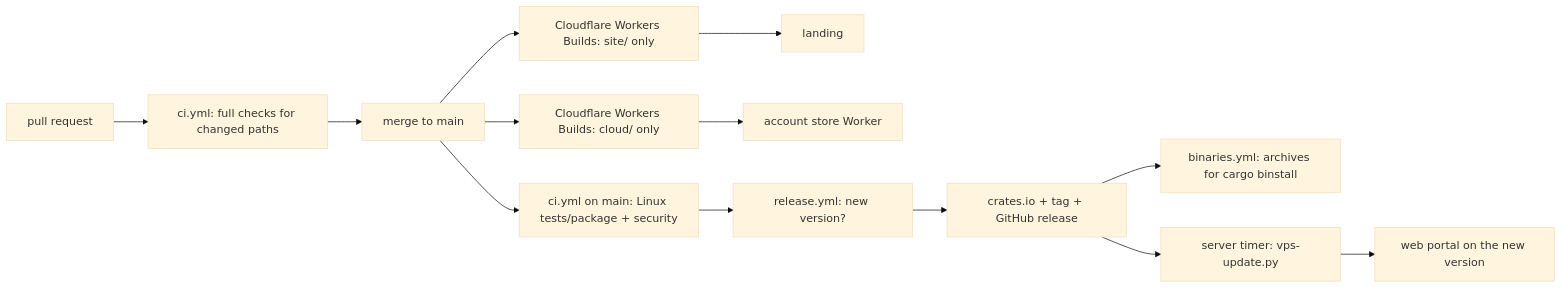
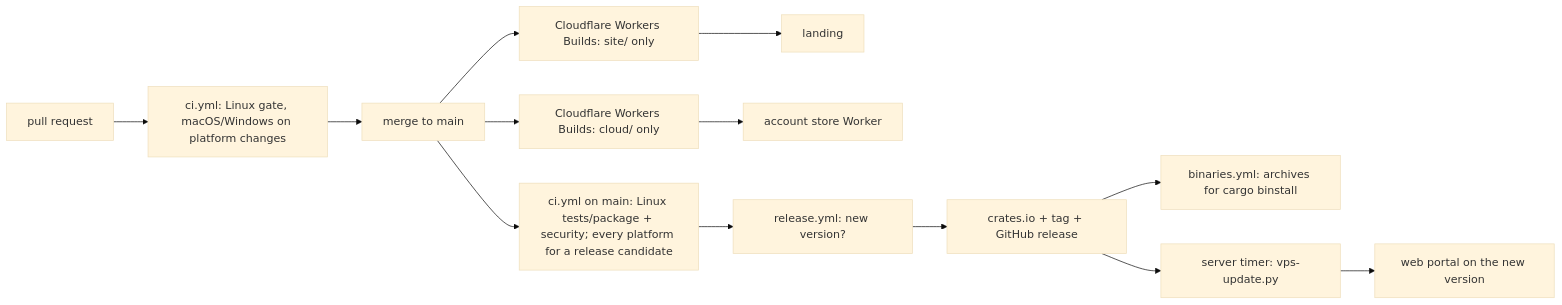
Before and after one commit to elvisbrevi/personal-teams-assistant: the diagram in docs/delivery.md, drawn with Mermaid (base theme). The commit also changed other lines of this file and 3 other files, not shown here.

First line of the commit message:
Gate pull requests on Linux; run macOS and Windows when they matter

````diff
--- a/docs/delivery.md
+++ b/docs/delivery.md
@@ -5,9 +5,9 @@
 ```mermaid
 flowchart LR
-  PR[pull request] --> CI[ci.yml: full checks for changed paths] --> M[merge to main]
+  PR[pull request] --> CI[ci.yml: Linux gate, macOS/Windows on platform changes] --> M[merge to main]
   M --> CF[Cloudflare Workers Builds: site/ only] --> L[landing]
   M --> CW[Cloudflare Workers Builds: cloud/ only] --> W[account store Worker]
-  M --> CI2[ci.yml on main: Linux tests/package + security] --> R[release.yml: new version?] --> C[crates.io + tag + GitHub release]
+  M --> CI2[ci.yml on main: Linux tests/package + security; every platform for a release candidate] --> R[release.yml: new version?] --> C[crates.io + tag + GitHub release]
   C --> B[binaries.yml: archives for cargo binstall]
   C --> U[server timer: vps-update.py] --> P[web portal on the new version]
 ```
````
